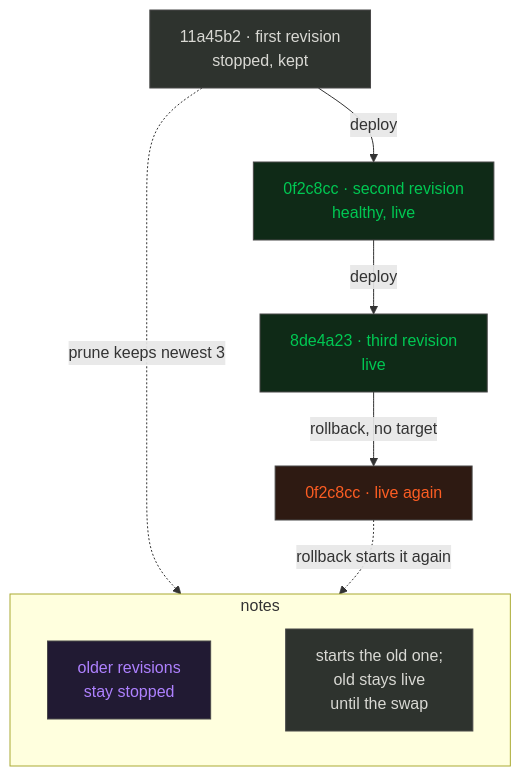
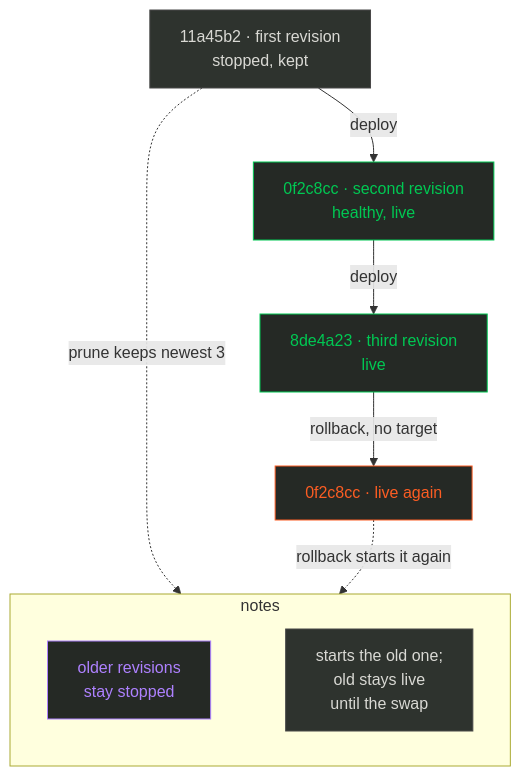
The diagram in docs/tutorial/03-operate.mdx (gjuoun/bundant), drawn with Mermaid before and after one commit. The commit also changed 7 other files, not shown here.

````diff
--- a/docs/tutorial/03-operate.mdx
+++ b/docs/tutorial/03-operate.mdx
@@ -165,22 +165,22 @@
 ```mermaid
 flowchart TD
   r1["11a45b2 · first revision<br/>stopped, kept"] -- "deploy" --> r2["0f2c8cc · second revision<br/>healthy, live"]
   r2 -- "deploy" --> r3["8de4a23 · third revision<br/>live"]
   r3 -- "rollback, no target" --> r4["0f2c8cc · live again"]
   subgraph notes["notes"]
     direction LR
     kept["older revisions<br/>stay stopped"]
     n1["starts the old one;<br/>old stays live<br/>until the swap"]
     kept ~~~ n1
   end
   r1 -. "prune keeps newest 3" .-> kept
   r4 -. "rollback starts it again" .-> n1
-  classDef ok fill:#0f2a17,color:#00c853,stroke:#494848;
-  classDef risk fill:#2e1a12,color:#fc5d23,stroke:#494848;
-  classDef storage fill:#211a33,color:#ae81ff,stroke:#494848;
+  classDef ok fill:#252925,color:#00c853,stroke:#00c853;
+  classDef risk fill:#252925,color:#fc5d23,stroke:#fc5d23;
+  classDef storage fill:#252925,color:#ae81ff,stroke:#ae81ff;
   classDef neutral fill:#2e332e,color:#d9d9d4,stroke:#494848;
   class r2,r3 ok;
   class r4 risk;
   class kept storage;
   class r1,n1 neutral;
 ```
````
